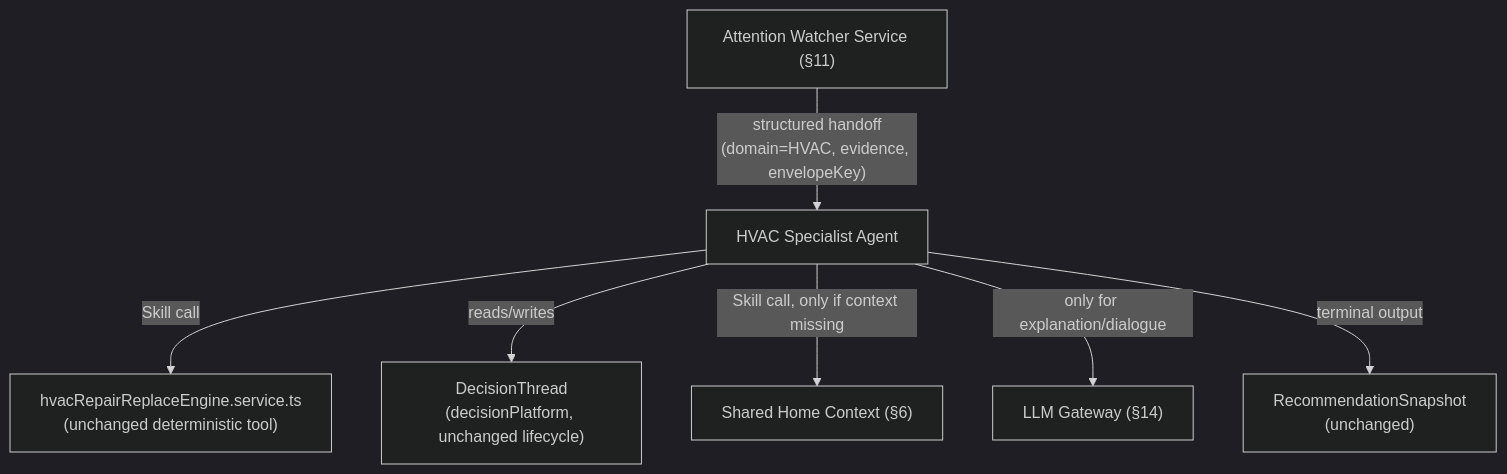
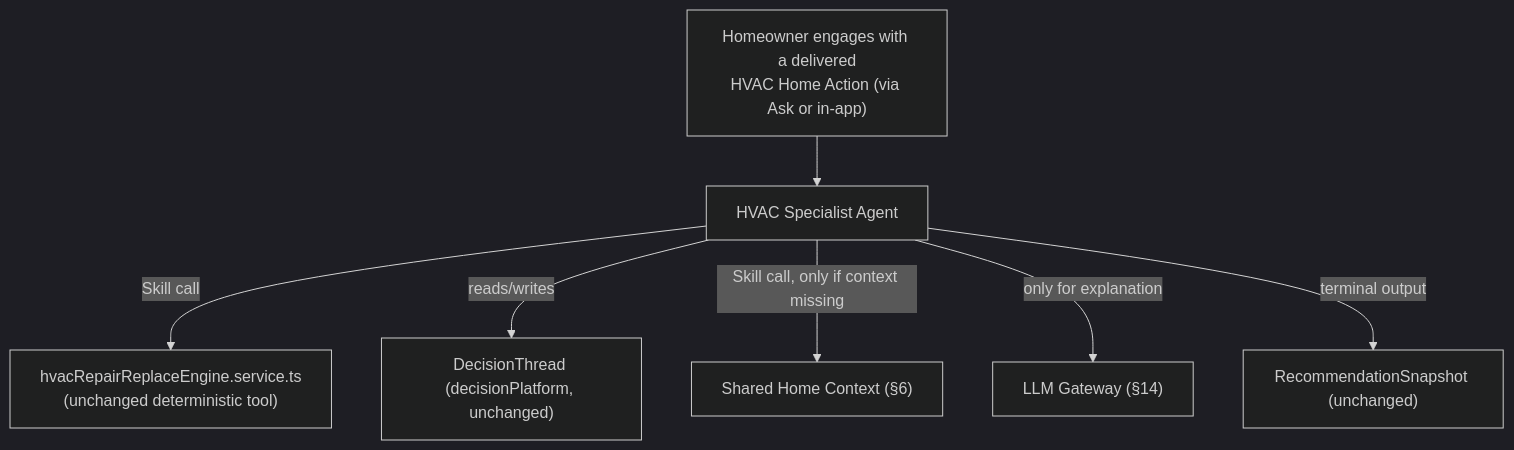
The third of 9 diagrams in docs/architecture/C2C_INTELLIGENCE_AGENTIC_EVOLUTION_ARCHITECTURE.md (madhuboyin/contract-to-cozy1), drawn with Mermaid (dark theme) before and after one commit. The commit also changed other lines of this file, not shown here.

````diff
--- a/docs/architecture/C2C_INTELLIGENCE_AGENTIC_EVOLUTION_ARCHITECTURE.md
+++ b/docs/architecture/C2C_INTELLIGENCE_AGENTIC_EVOLUTION_ARCHITECTURE.md
@@ -648,9 +447,9 @@
 ```mermaid
 graph TB
-  ATT["Attention Watcher Service (§11)"] -->|"structured handoff\n(domain=HVAC, evidence, envelopeKey)"| SPEC["HVAC Specialist Agent"]
+  HA["Homeowner engages with a delivered\nHVAC Home Action (via Ask or in-app)"] --> SPEC["HVAC Specialist Agent"]
   SPEC -->|"Skill call"| ENGINE["hvacRepairReplaceEngine.service.ts\n(unchanged deterministic tool)"]
-  SPEC -->|"reads/writes"| THREAD["DecisionThread\n(decisionPlatform, unchanged lifecycle)"]
+  SPEC -->|"reads/writes"| THREAD["DecisionThread (decisionPlatform, unchanged)"]
   SPEC -->|"Skill call, only if context missing"| CTX["Shared Home Context (§6)"]
-  SPEC -->|"only for explanation/dialogue"| GATE["LLM Gateway (§14)"]
-  SPEC -->|"terminal output"| SNAP["RecommendationSnapshot\n(unchanged)"]
+  SPEC -->|"only for explanation"| GATE["LLM Gateway (§14)"]
+  SPEC -->|"terminal output"| SNAP["RecommendationSnapshot (unchanged)"]
 ```
````
